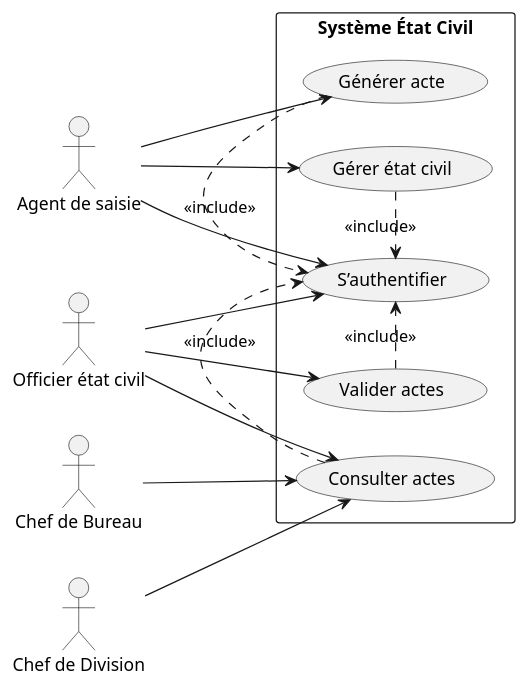
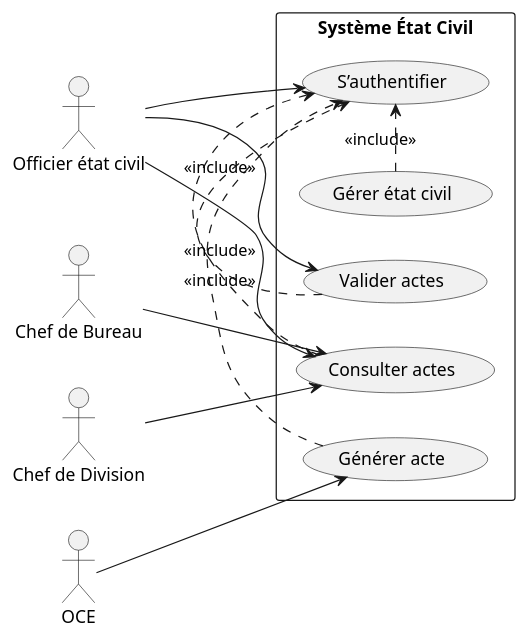
The diagram in uml/.dragrammeGlobal.plantuml (jospinQr/rdc_etat_civil_api), drawn with PlantUML before and after one commit. The commit also changed 15 other files, not shown here.

Commit message:
Feat : Get Stat for Charting

```diff
--- a/uml/.dragrammeGlobal.plantuml
+++ b/uml/.dragrammeGlobal.plantuml
@@ -1,33 +1,32 @@
 @startuml
 left to right direction
 
-actor "Agent de saisie" as Agent
+
 actor "Officier état civil" as OEC
 actor "Chef de Bureau" as CB
 actor "Chef de Division" as CD
 
 rectangle "Système État Civil" {
     usecase "Gérer état civil" as UC1
     usecase "Générer acte" as UC2
     usecase "Consulter actes" as UC3
     usecase "Valider actes" as UC4
     usecase "S’authentifier" as UC5
 }
 
-Agent --> UC1
-Agent --> UC2
-Agent --> UC5
+
 
 OEC --> UC4
 OEC --> UC3
 OEC --> UC5
+OCE --> UC2
 
 CD --> UC3
 CB --> UC3
 
 UC1 .> UC5 : <<include>>
 UC2 .> UC5 : <<include>>
 UC3 .> UC5 : <<include>>
 UC4 .> UC5 : <<include>>
 
 @enduml
```
